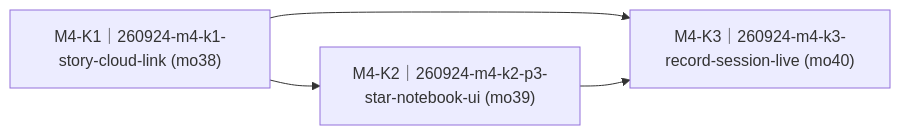
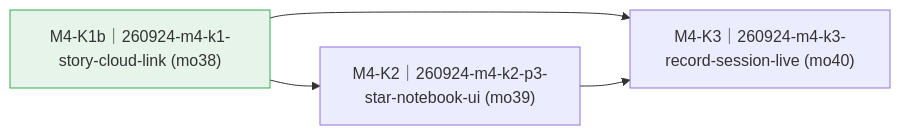
One commit to fandanpeng/KidPal changed the diagram in delivery/workstreams/m4-star-notebook/roadmap.md. Above: the diagram before and after it, drawn with Mermaid. The commit also changed other lines of this file and 3 other files, not shown here.

Commit message:
chore(devloop): 260924-m4-k1-story-cloud-link §10e 人合 Step 5b 簿记收口——merge-completed 事件（e12a8b94，main tip 757ccb3 双亲锚）+ changes-index dev lane 重建（43）+ roadmap ② 重渲染 K1 achieved + progress 人合记录节（四步留痕/并行工作树授权处置/留根项三处摩擦）+ pod-retro §八 合并门追记（诚实定性：§10e 唯一合法通道、非流程跳过）

````diff
--- a/delivery/workstreams/m4-star-notebook/roadmap.md
+++ b/delivery/workstreams/m4-star-notebook/roadmap.md
@@ -26,12 +26,15 @@
 ```mermaid
 graph LR
-  260924_m4_k1_story_cloud_link["M4-K1｜260924-m4-k1-story-cloud-link (mo38)"]
+  260924_m4_k1_story_cloud_link["M4-K1a｜260924-m4-k1-story-cloud-link (mo38)"]
+  class 260924_m4_k1_story_cloud_link achieved
+  260924_m4_k1_story_cloud_link["M4-K1b｜260924-m4-k1-story-cloud-link (mo38)"]
+  class 260924_m4_k1_story_cloud_link achieved
   260924_m4_k2_p3_star_notebook_ui["M4-K2｜260924-m4-k2-p3-star-notebook-ui (mo39)"]
   260924_m4_k3_record_session_live["M4-K3｜260924-m4-k3-record-session-live (mo40)"]
   260924_m4_k1_story_cloud_link --> 260924_m4_k2_p3_star_notebook_ui
   260924_m4_k1_story_cloud_link --> 260924_m4_k3_record_session_live
   260924_m4_k2_p3_star_notebook_ui --> 260924_m4_k3_record_session_live
   classDef achieved fill:#e6f4ea,stroke:#34a853
   classDef deviation fill:#fce8e6,stroke:#ea4335
   classDef external stroke-dasharray: 4 3,color:#5f6368
 ```
````
